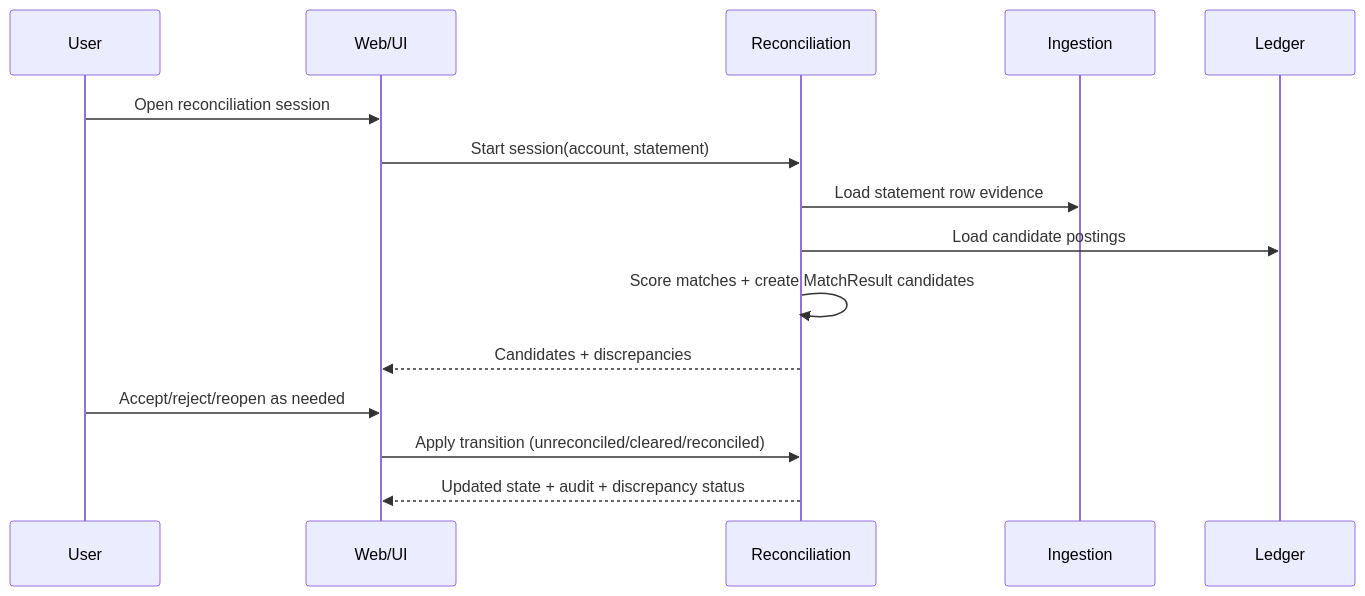
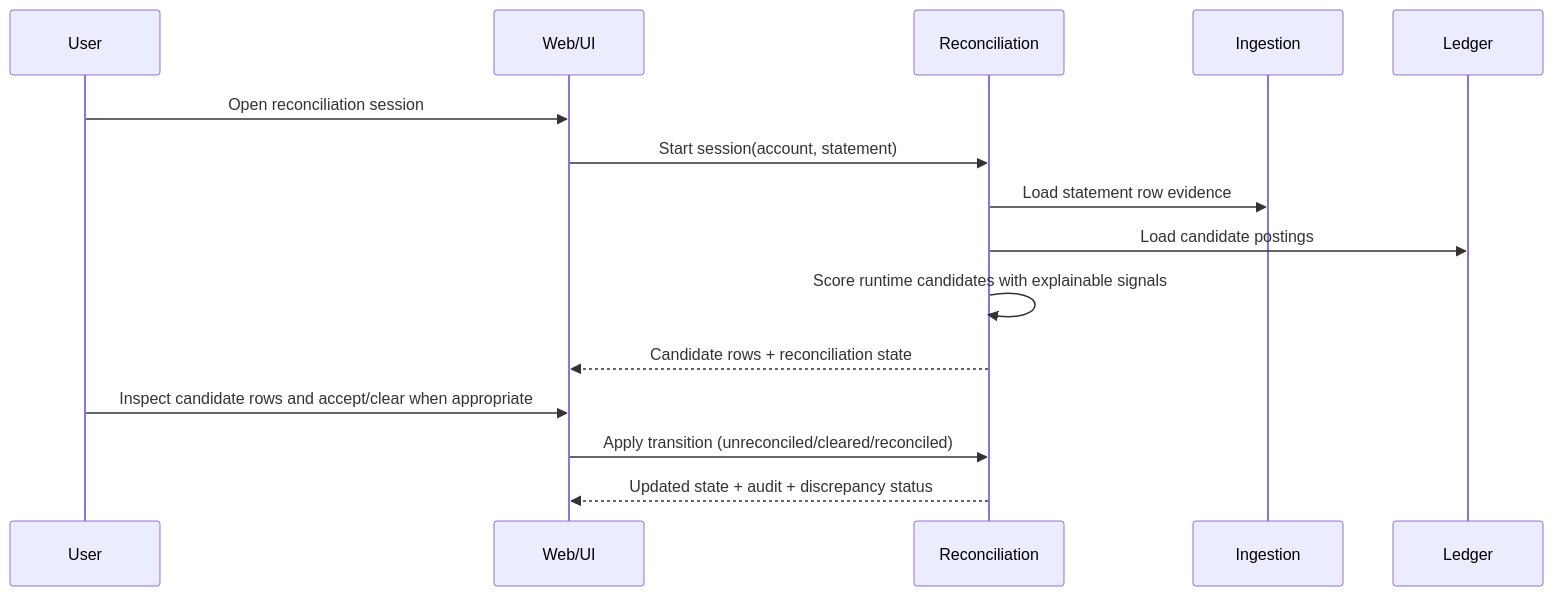
Before and after one commit to mberrueta/aurum-finance: the fourth of 5 diagrams in docs/architecture.md, drawn with Mermaid. The commit also changed other lines of this file and 48 other files, not shown here.

````diff
--- a/docs/architecture.md
+++ b/docs/architecture.md
@@ -171,18 +171,18 @@
 ```mermaid
 sequenceDiagram
     participant U as User
     participant W as Web/UI
     participant R as Reconciliation
     participant I as Ingestion
     participant L as Ledger
 
     U->>W: Open reconciliation session
     W->>R: Start session(account, statement)
     R->>I: Load statement row evidence
     R->>L: Load candidate postings
-    R->>R: Score matches + create MatchResult candidates
-    R-->>W: Candidates + discrepancies
-    U->>W: Accept/reject/reopen as needed
+    R->>R: Score runtime candidates with explainable signals
+    R-->>W: Candidate rows + reconciliation state
+    U->>W: Inspect candidate rows and accept/clear when appropriate
     W->>R: Apply transition (unreconciled/cleared/reconciled)
     R-->>W: Updated state + audit + discrepancy status
 ```
````
